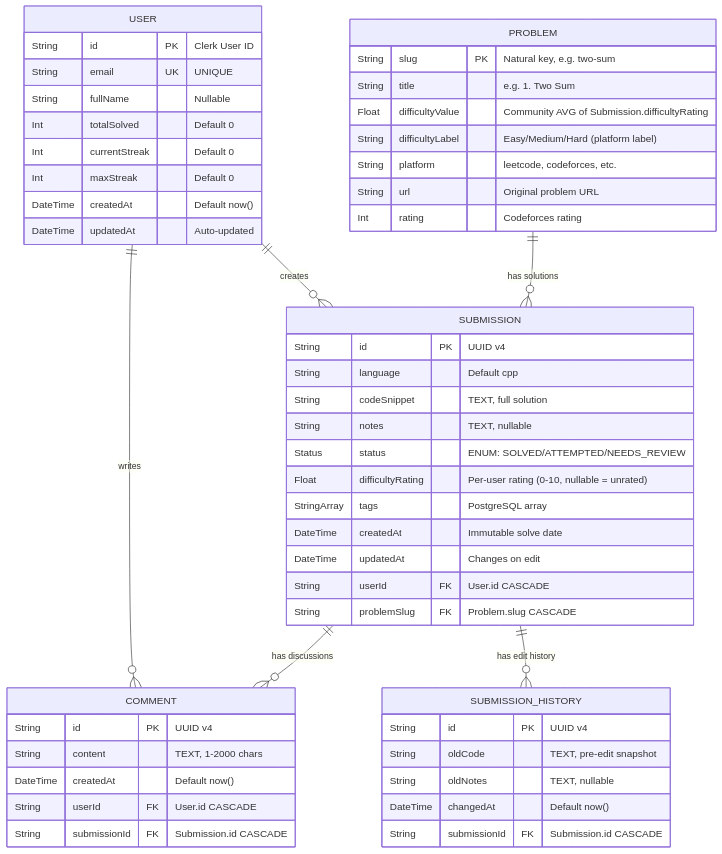
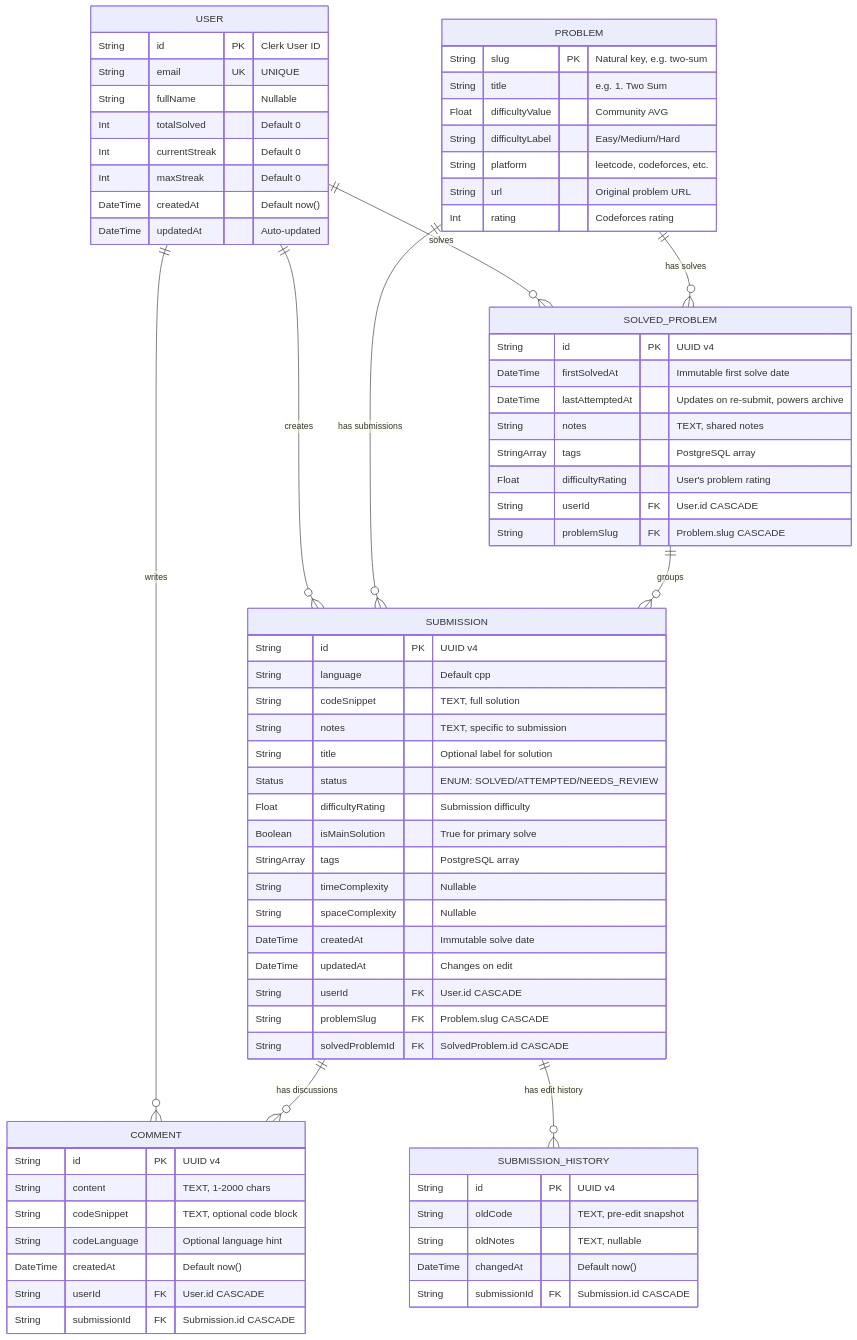
One commit to aksh-0407/dsapline changed the diagram in README.md. Above: the diagram before and after it, drawn with Mermaid. The commit also changed other lines of this file and 27 other files, not shown here.

First line of the commit message:
feat/chore: Architecture Finalization & UX Enhancements

````diff
--- a/README.md
+++ b/README.md
@@ -73,59 +73,80 @@
 ```mermaid
 erDiagram
     USER {
         String id PK "Clerk User ID"
         String email UK "UNIQUE"
         String fullName "Nullable"
         Int totalSolved "Default 0"
         Int currentStreak "Default 0"
         Int maxStreak "Default 0"
         DateTime createdAt "Default now()"
         DateTime updatedAt "Auto-updated"
     }
 
     PROBLEM {
         String slug PK "Natural key, e.g. two-sum"
         String title "e.g. 1. Two Sum"
-        Float difficultyValue "Community AVG of Submission.difficultyRating"
-        String difficultyLabel "Easy/Medium/Hard (platform label)"
+        Float difficultyValue "Community AVG"
+        String difficultyLabel "Easy/Medium/Hard"
         String platform "leetcode, codeforces, etc."
         String url "Original problem URL"
         Int rating "Codeforces rating"
+    }
+
+    SOLVED_PROBLEM {
+        String id PK "UUID v4"
+        DateTime firstSolvedAt "Immutable first solve date"
+        DateTime lastAttemptedAt "Updates on re-submit, powers archive"
+        String notes "TEXT, shared notes"
+        StringArray tags "PostgreSQL array"
+        Float difficultyRating "User's problem rating"
+        String userId FK "User.id CASCADE"
+        String problemSlug FK "Problem.slug CASCADE"
     }
 
     SUBMISSION {
         String id PK "UUID v4"
         String language "Default cpp"
         String codeSnippet "TEXT, full solution"
-        String notes "TEXT, nullable"
+        String notes "TEXT, specific to submission"
+        String title "Optional label for solution"
         Status status "ENUM: SOLVED/ATTEMPTED/NEEDS_REVIEW"
-        Float difficultyRating "Per-user rating (0-10, nullable = unrated)"
+        Float difficultyRating "Submission difficulty"
+        Boolean isMainSolution "True for primary solve"
         StringArray tags "PostgreSQL array"
+        String timeComplexity "Nullable"
+        String spaceComplexity "Nullable"
         DateTime createdAt "Immutable solve date"
         DateTime updatedAt "Changes on edit"
         String userId FK "User.id CASCADE"
         String problemSlug FK "Problem.slug CASCADE"
+        String solvedProblemId FK "SolvedProblem.id CASCADE"
     }
 
     COMMENT {
         String id PK "UUID v4"
         String content "TEXT, 1-2000 chars"
+        String codeSnippet "TEXT, optional code block"
+        String codeLanguage "Optional language hint"
         DateTime createdAt "Default now()"
         String userId FK "User.id CASCADE"
         String submissionId FK "Submission.id CASCADE"
     }
 
     SUBMISSION_HISTORY {
         String id PK "UUID v4"
         String oldCode "TEXT, pre-edit snapshot"
         String oldNotes "TEXT, nullable"
         DateTime changedAt "Default now()"
         String submissionId FK "Submission.id CASCADE"
     }
 
+    USER ||--o{ SOLVED_PROBLEM : "solves"
     USER ||--o{ SUBMISSION : "creates"
     USER ||--o{ COMMENT : "writes"
-    PROBLEM ||--o{ SUBMISSION : "has solutions"
+    PROBLEM ||--o{ SOLVED_PROBLEM : "has solves"
+    PROBLEM ||--o{ SUBMISSION : "has submissions"
+    SOLVED_PROBLEM ||--o{ SUBMISSION : "groups"
     SUBMISSION ||--o{ COMMENT : "has discussions"
     SUBMISSION ||--o{ SUBMISSION_HISTORY : "has edit history"
 ```
````
